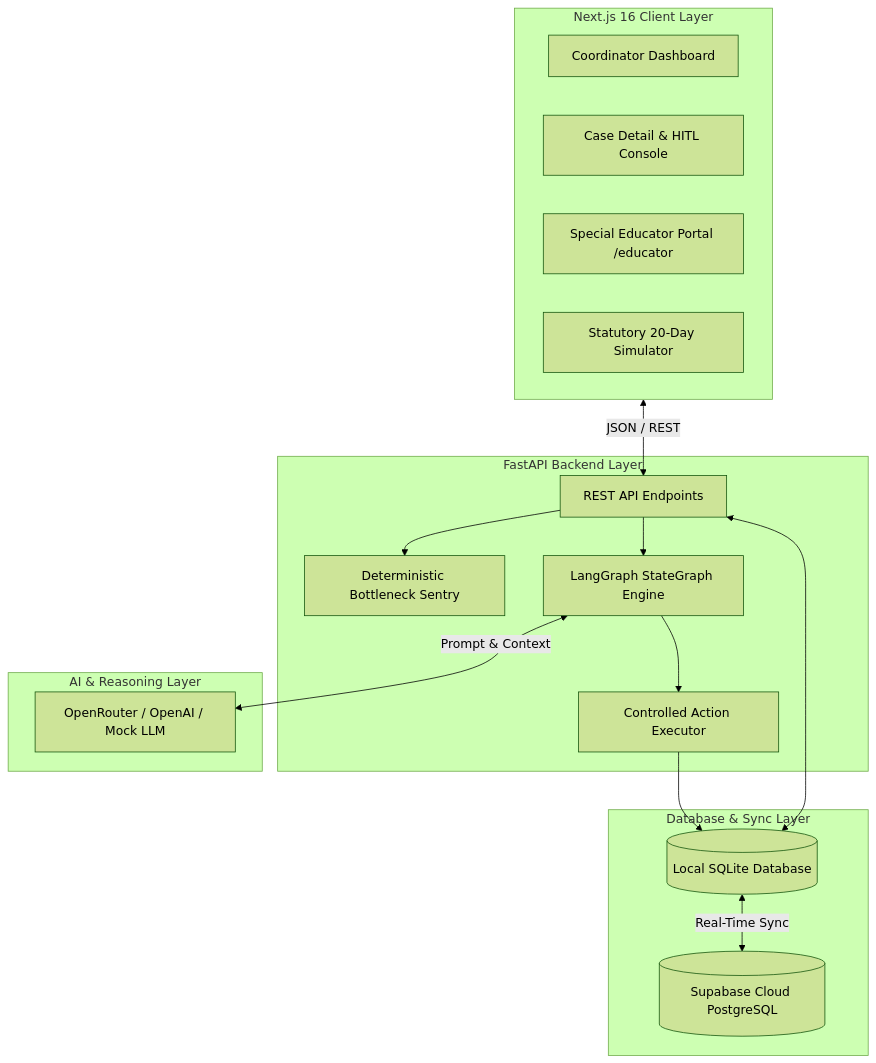
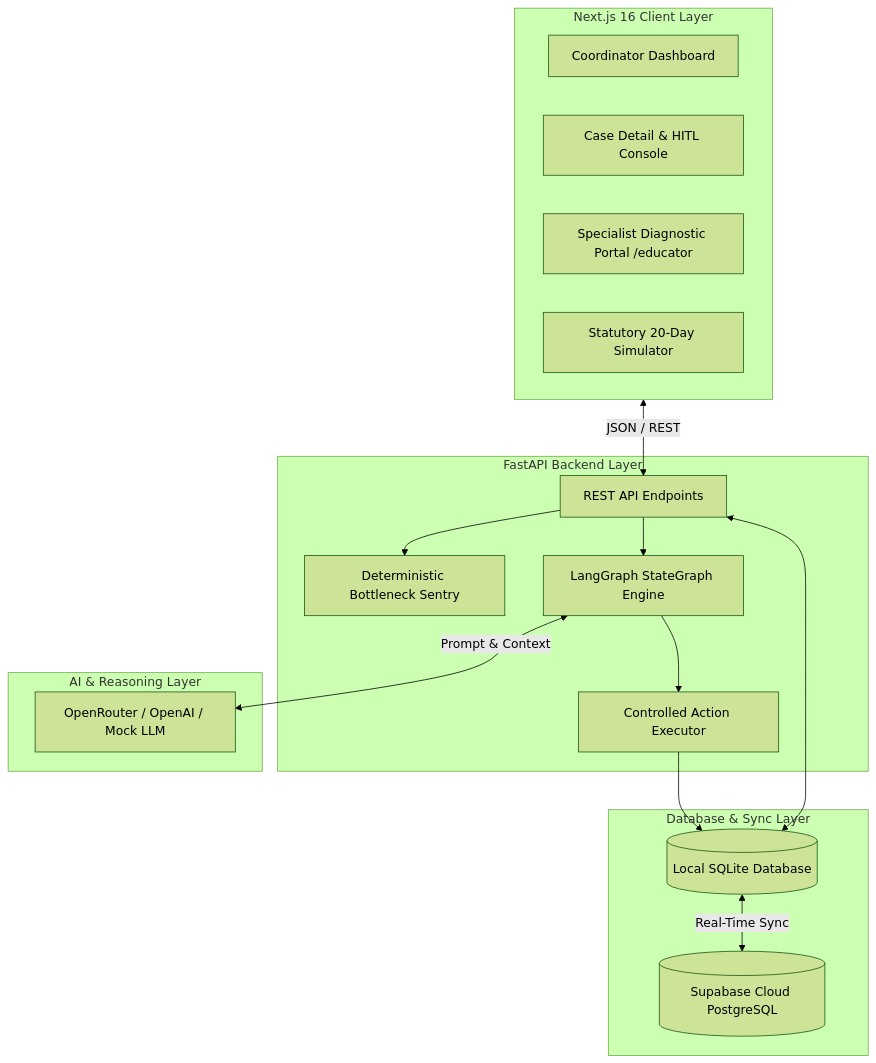
The second of 3 diagrams in README.md (callmekriztal/Referal_Guardian), drawn with Mermaid (forest theme) before and after one commit. The commit also changed other lines of this file and 3 other files, not shown here.

````diff
--- a/README.md
+++ b/README.md
@@ -97,34 +110,34 @@
 ```mermaid
 flowchart TB
     subgraph Frontend [Next.js 16 Client Layer]
         A[Coordinator Dashboard]
         B[Case Detail & HITL Console]
-        C[Special Educator Portal /educator]
+        C[Specialist Diagnostic Portal /educator]
         D[Statutory 20-Day Simulator]
     end
 
     subgraph Backend [FastAPI Backend Layer]
         E[REST API Endpoints]
         F[Deterministic Bottleneck Sentry]
         G[LangGraph StateGraph Engine]
         H[Controlled Action Executor]
     end
 
     subgraph Storage [Database & Sync Layer]
         I[(Local SQLite Database)]
         J[(Supabase Cloud PostgreSQL)]
     end
 
     subgraph Intelligence [AI & Reasoning Layer]
         K[OpenRouter / OpenAI / Mock LLM]
     end
 
     Frontend <-->|JSON / REST| E
     E --> F
     E --> G
     G <-->|Prompt & Context| K
     G --> H
     H --> I
     E <--> I
     I <-->|Real-Time Sync| J
 ```
````
